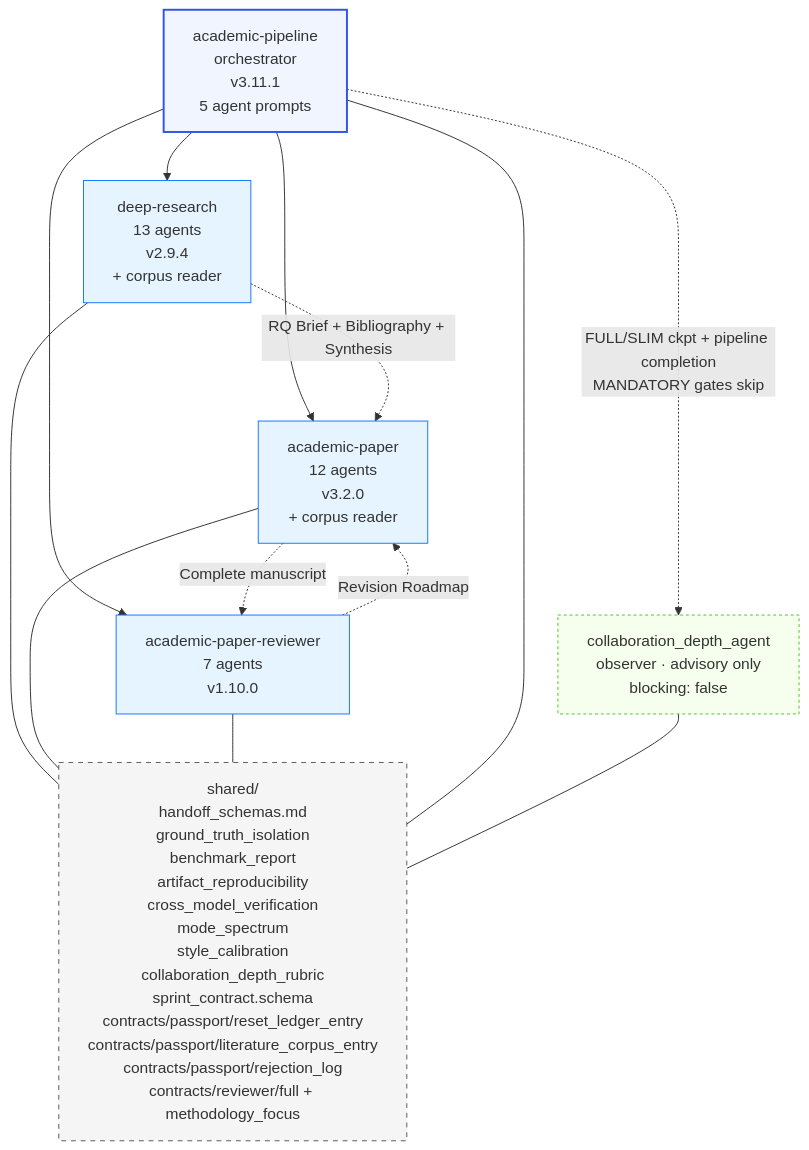
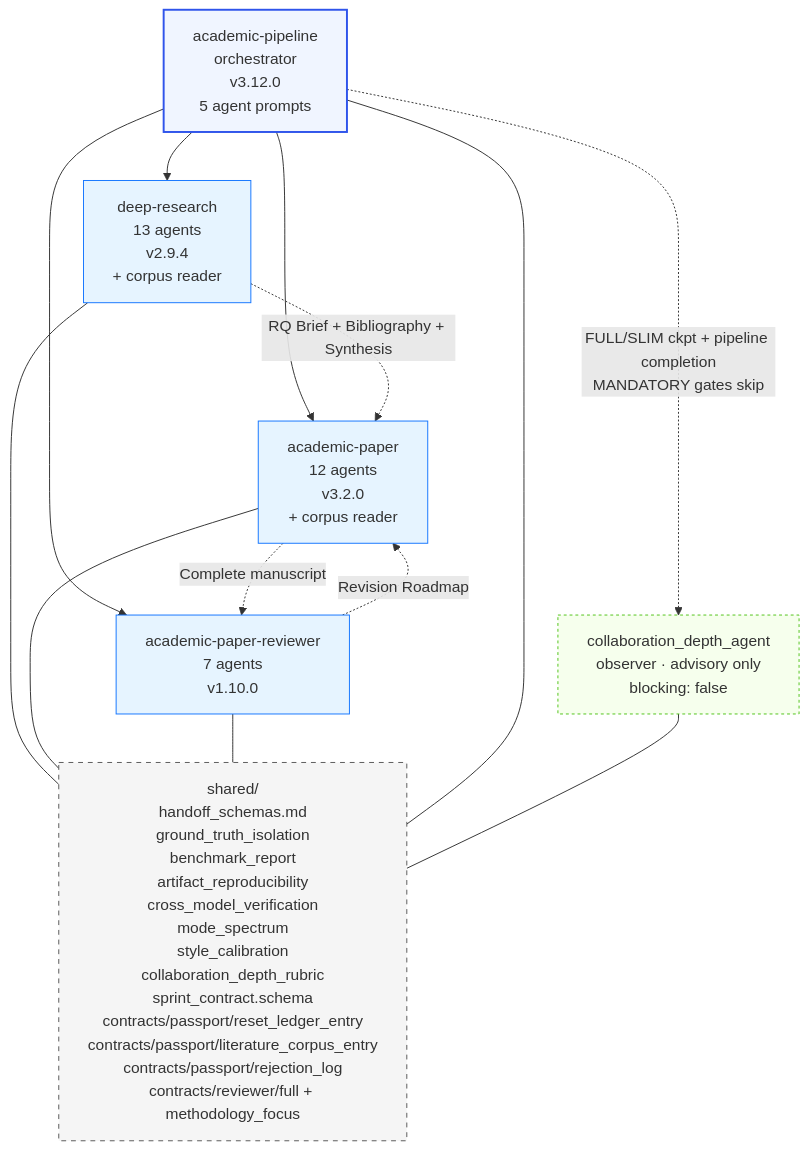
One commit to Lzy599775/agent-auto-sci-skills changed the fourth of 5 diagrams in skills/urban-exposure-review-radar-workflow/subskills/academic-research-suite/ars/docs/ARCHITECTURE.md. Above: the diagram before and after it, drawn with Mermaid. The commit also changed other lines of this file and 307 other files, not shown here.

````diff
--- a/skills/urban-exposure-review-radar-workflow/subskills/academic-research-suite/ars/docs/ARCHITECTURE.md
+++ b/skills/urban-exposure-review-radar-workflow/subskills/academic-research-suite/ars/docs/ARCHITECTURE.md
@@ -227,31 +228,31 @@
 ```mermaid
 graph TD
-    Pipeline[academic-pipeline<br/>orchestrator<br/>v3.11.1<br/>5 agent prompts]
+    Pipeline[academic-pipeline<br/>orchestrator<br/>v3.12.0<br/>5 agent prompts]
     Observer[collaboration_depth_agent<br/>observer · advisory only<br/>blocking: false]
     DR[deep-research<br/>13 agents<br/>v2.9.4<br/>+ corpus reader]
     AP[academic-paper<br/>12 agents<br/>v3.2.0<br/>+ corpus reader]
     APR[academic-paper-reviewer<br/>7 agents<br/>v1.10.0]
     Shared[shared/<br/>handoff_schemas.md<br/>ground_truth_isolation<br/>benchmark_report<br/>artifact_reproducibility<br/>cross_model_verification<br/>mode_spectrum<br/>style_calibration<br/>collaboration_depth_rubric<br/>sprint_contract.schema<br/>contracts/passport/reset_ledger_entry<br/>contracts/passport/literature_corpus_entry<br/>contracts/passport/rejection_log<br/>contracts/reviewer/full + methodology_focus]
 
     Pipeline --> DR
     Pipeline --> AP
     Pipeline --> APR
     Pipeline -. "FULL/SLIM ckpt + pipeline completion<br/>MANDATORY gates skip" .-> Observer
     DR -. "RQ Brief + Bibliography + Synthesis" .-> AP
     AP -. "Complete manuscript" .-> APR
     APR -. "Revision Roadmap" .-> AP
     DR --- Shared
     AP --- Shared
     APR --- Shared
     Pipeline --- Shared
     Observer --- Shared
 
     classDef orch fill:#f0f5ff,stroke:#2f54eb,stroke-width:2px
     classDef skill fill:#e6f4ff,stroke:#1677ff
     classDef shared fill:#f5f5f5,stroke:#595959,stroke-dasharray:5 5
     classDef observer fill:#f6ffed,stroke:#52c41a,stroke-dasharray:3 3
     class Pipeline orch
     class DR,AP,APR skill
     class Shared shared
     class Observer observer
 ```
````
